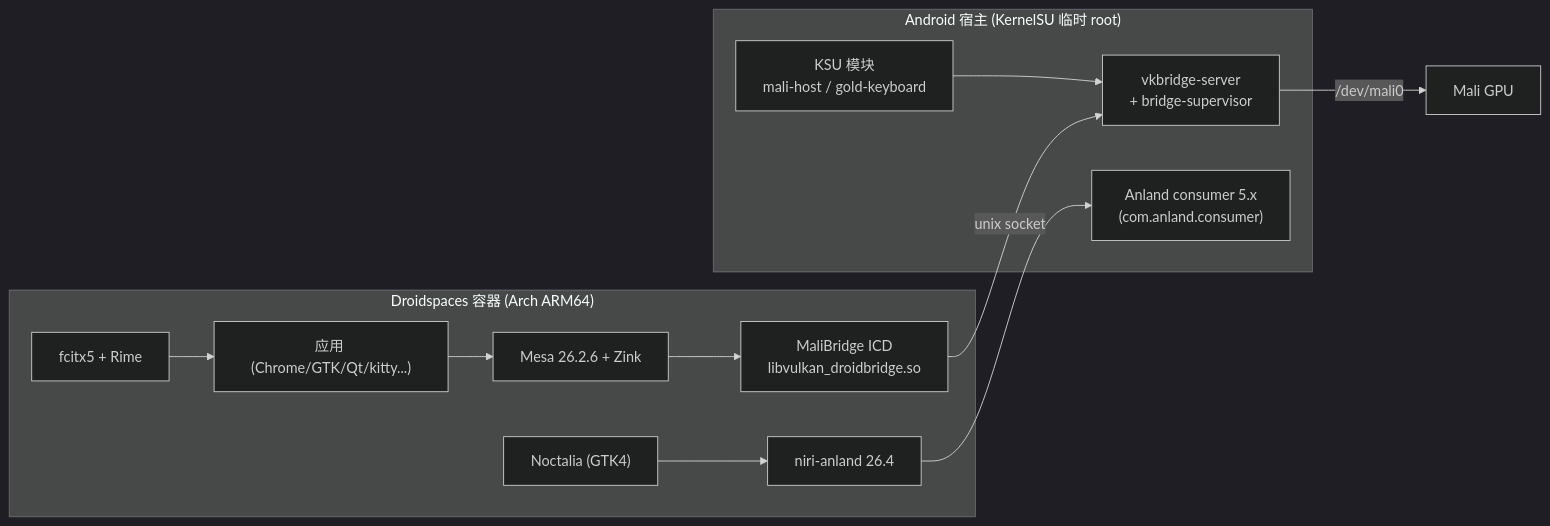
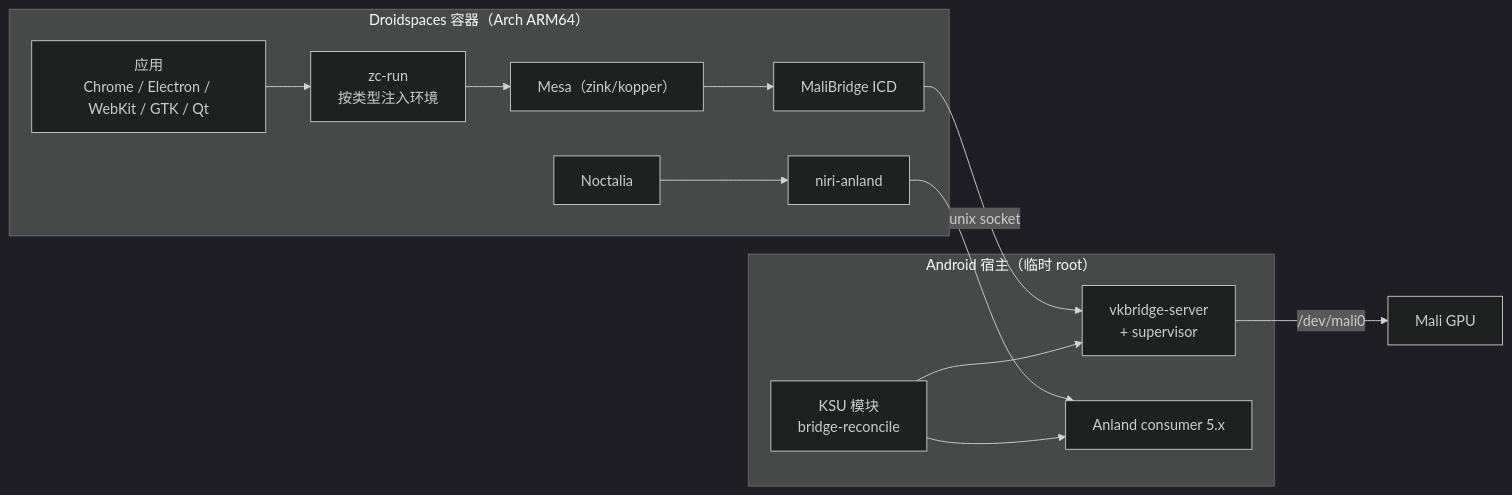
One commit to collegeming/xring-o3-droidspaces-package changed the diagram in README.md. Above: the diagram before and after it, drawn with Mermaid (dark theme). The commit also changed other lines of this file, not shown here.

````diff
--- a/README.md
+++ b/README.md
@@ -9,21 +34,22 @@
 ```mermaid
 flowchart LR
-    subgraph Android["Android 宿主 (KernelSU 临时 root)"]
-        VK["vkbridge-server<br/>+ bridge-supervisor"]
-        AN["Anland consumer 5.x<br/>(com.anland.consumer)"]
-        KSU["KSU 模块<br/>mali-host / gold-keyboard"]
+    subgraph Android["Android 宿主（临时 root）"]
+        KSU["KSU 模块<br/>bridge-reconcile"]
+        VK["vkbridge-server<br/>+ supervisor"]
+        AN["Anland consumer 5.x"]
     end
-    subgraph Container["Droidspaces 容器 (Arch ARM64)"]
-        APP["应用 (Chrome/GTK/Qt/kitty...)"]
-        MESA["Mesa 26.2.6 + Zink"]
-        ICD["MaliBridge ICD<br/>libvulkan_droidbridge.so"]
-        NIRI["niri-anland 26.4"]
-        NOCT["Noctalia (GTK4)"]
-        IM["fcitx5 + Rime"]
+    subgraph Container["Droidspaces 容器（Arch ARM64）"]
+        APP["应用<br/>Chrome / Electron / WebKit / GTK / Qt"]
+        ZC["zc-run<br/>按类型注入环境"]
+        NIRI["niri-anland"]
+        NOCT["Noctalia"]
+        MESA["Mesa（zink/kopper）"]
+        ICD["MaliBridge ICD"]
     end
-    APP --> MESA --> ICD -->|unix socket| VK -->|/dev/mali0| GPU["Mali GPU"]
+    APP --> ZC --> MESA --> ICD
+    ICD -->|unix socket| VK -->|/dev/mali0| GPU["Mali GPU"]
     NIRI --> AN
     NOCT --> NIRI
-    IM --> APP
     KSU --> VK
+    KSU --> AN
 ```
````
